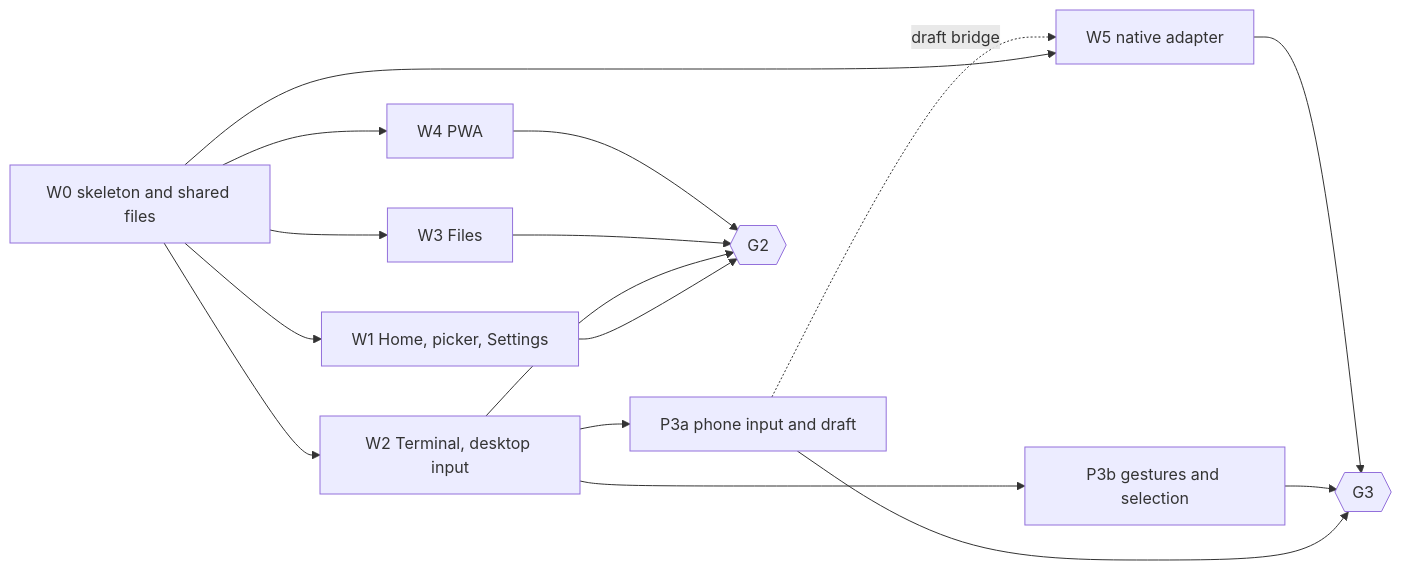
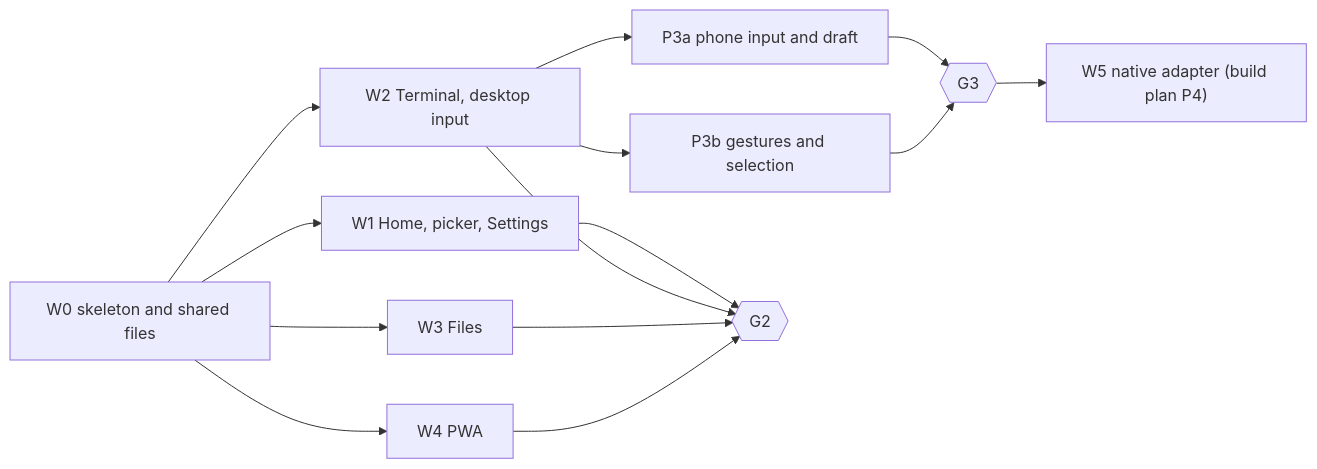
Before and after one commit to haowjy/tether: the fourth of 4 diagrams in .meridian/work/tether-mvp/design/client-architecture.md, drawn with Mermaid. The commit also changed other lines of this file, not shown here.

Commit message:
Client architecture rev 4: apply review 3

````diff
--- a/.meridian/work/tether-mvp/design/client-architecture.md
+++ b/.meridian/work/tether-mvp/design/client-architecture.md
@@ -1235,18 +1445,16 @@
 ```mermaid
 flowchart LR
   W0["W0 skeleton and shared files"] --> W1[W1 Home, picker, Settings]
   W0 --> W2[W2 Terminal, desktop input]
   W0 --> W3[W3 Files]
   W0 --> W4[W4 PWA]
-  W0 --> W5[W5 native adapter]
   W2 --> P3a[P3a phone input and draft]
   W2 --> P3b[P3b gestures and selection]
-  P3a -. draft bridge .-> W5
   W1 --> G2{{G2}}
   W2 --> G2
   W3 --> G2
   W4 --> G2
   P3a --> G3{{G3}}
   P3b --> G3
-  W5 --> G3
+  G3 --> W5["W5 native adapter (build plan P4)"]
 ```
````
